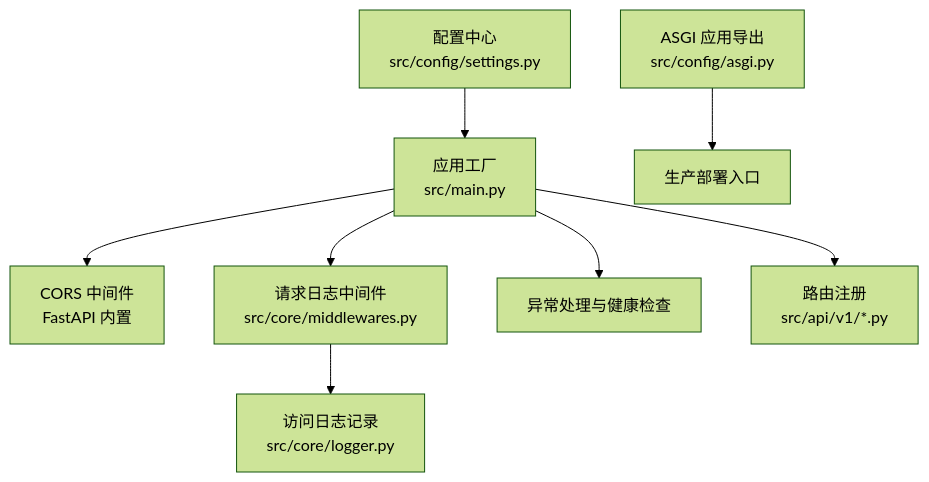
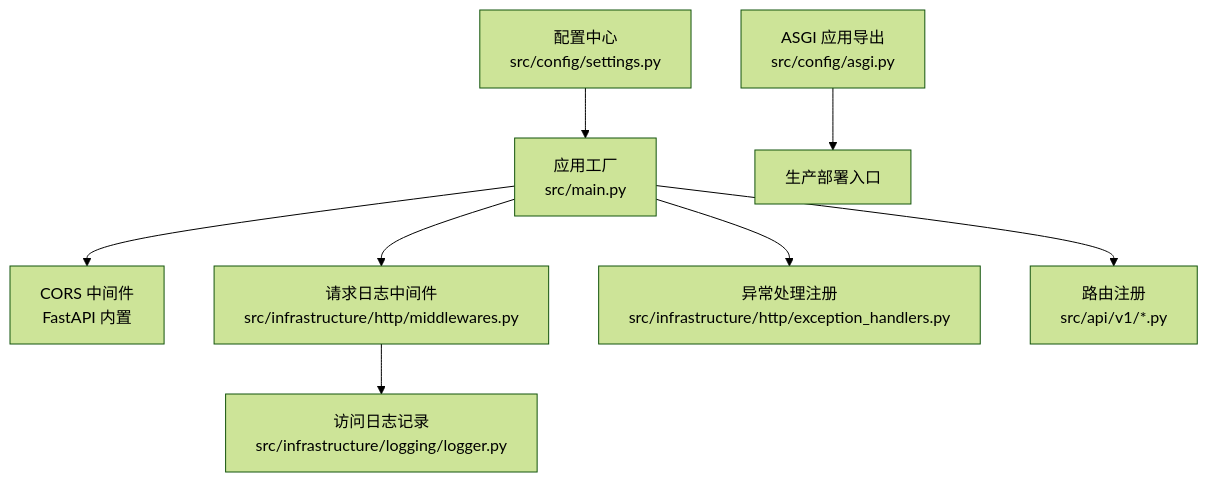
The first of 4 diagrams in .qoder/repowiki/zh/content/核心模块/中间件系统.md (taoweidong/Hello-FastApi), drawn with Mermaid (forest theme) before and after one commit. The commit also changed other lines of this file and 22 other files, not shown here.

````diff
--- a/.qoder/repowiki/zh/content/核心模块/中间件系统.md
+++ b/.qoder/repowiki/zh/content/核心模块/中间件系统.md
@@ -38,10 +46,10 @@
 ```mermaid
 graph TB
 A["应用工厂<br/>src/main.py"] --> B["CORS 中间件<br/>FastAPI 内置"]
-A --> C["请求日志中间件<br/>src/core/middlewares.py"]
-C --> D["访问日志记录<br/>src/core/logger.py"]
-A --> E["异常处理与健康检查"]
+A --> C["请求日志中间件<br/>src/infrastructure/http/middlewares.py"]
+C --> D["访问日志记录<br/>src/infrastructure/logging/logger.py"]
+A --> E["异常处理注册<br/>src/infrastructure/http/exception_handlers.py"]
 A --> F["路由注册<br/>src/api/v1/*.py"]
 G["配置中心<br/>src/config/settings.py"] --> A
 H["ASGI 应用导出<br/>src/config/asgi.py"] --> I["生产部署入口"]
 ```
````
